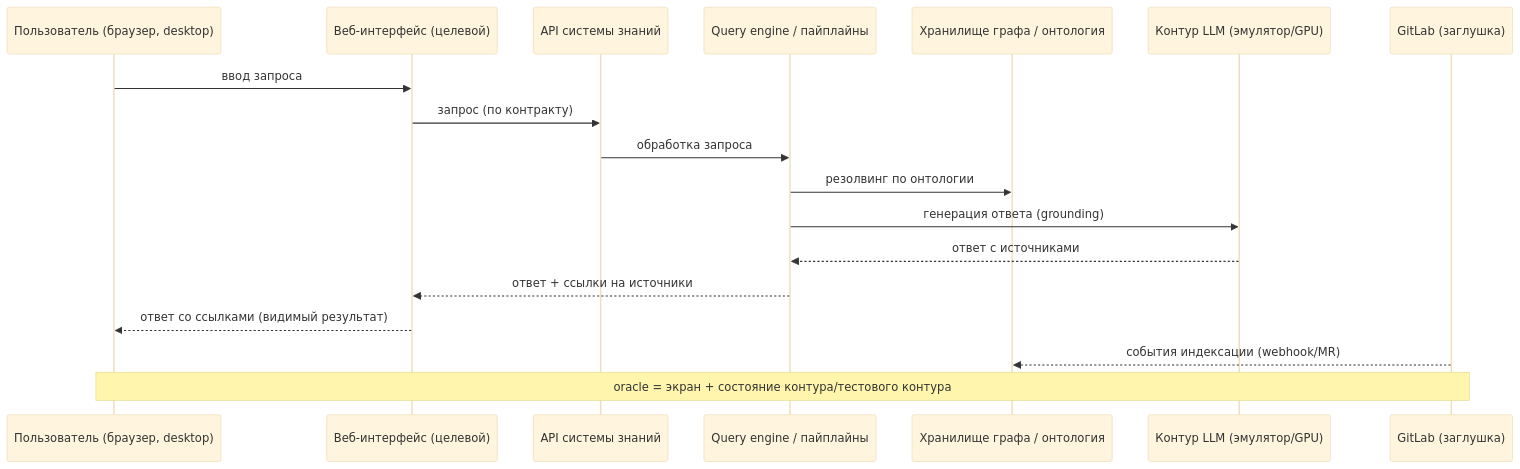
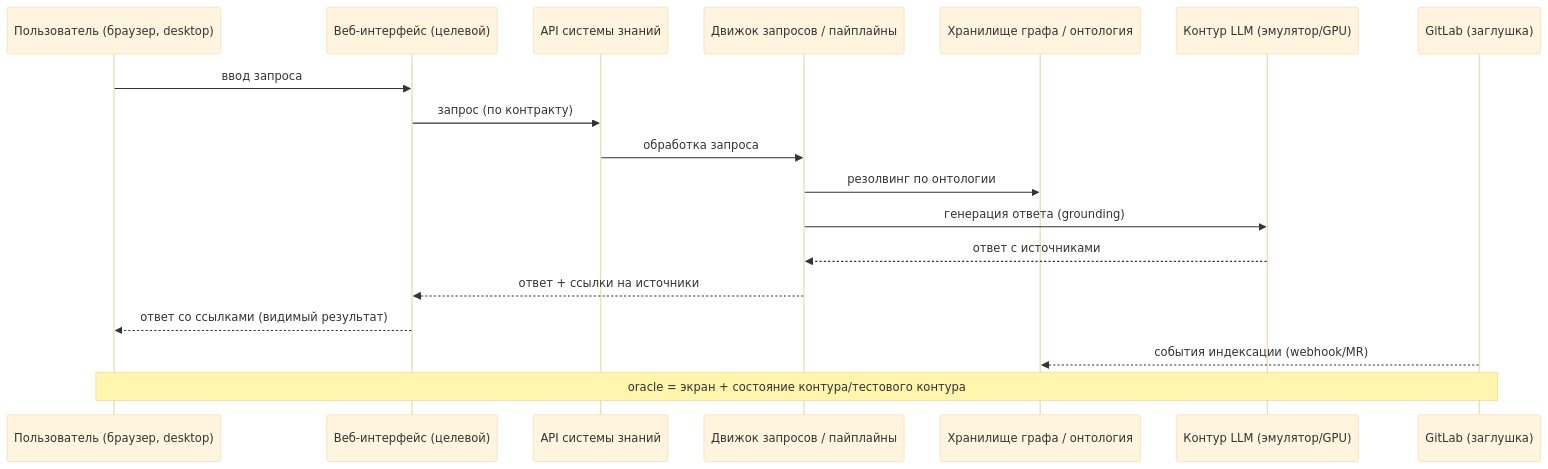
The second of 2 diagrams in specs/qa/e2e-gui-testing.md (n-marusov/graphrag), drawn with Mermaid (base theme) before and after one commit. The commit also changed other lines of this file and 24 other files, not shown here.

````diff
--- a/specs/qa/e2e-gui-testing.md
+++ b/specs/qa/e2e-gui-testing.md
@@ -1096,20 +1096,20 @@
 ```mermaid
 sequenceDiagram
     participant U as Пользователь (браузер, desktop)
     participant WEB as Веб-интерфейс (целевой)
     participant API as API системы знаний
-    participant QE as Query engine / пайплайны
+    participant QE as Движок запросов / пайплайны
     participant GR as Хранилище графа / онтология
     participant LLM as Контур LLM (эмулятор/GPU)
     participant GIT as GitLab (заглушка)
     U->>WEB: ввод запроса
     WEB->>API: запрос (по контракту)
     API->>QE: обработка запроса
     QE->>GR: резолвинг по онтологии
     QE->>LLM: генерация ответа (grounding)
     LLM-->>QE: ответ с источниками
     QE-->>WEB: ответ + ссылки на источники
     WEB-->>U: ответ со ссылками (видимый результат)
     GIT-->>GR: события индексации (webhook/MR)
     Note over U,GIT: oracle = экран + состояние контура/тестового контура
 ```
````
